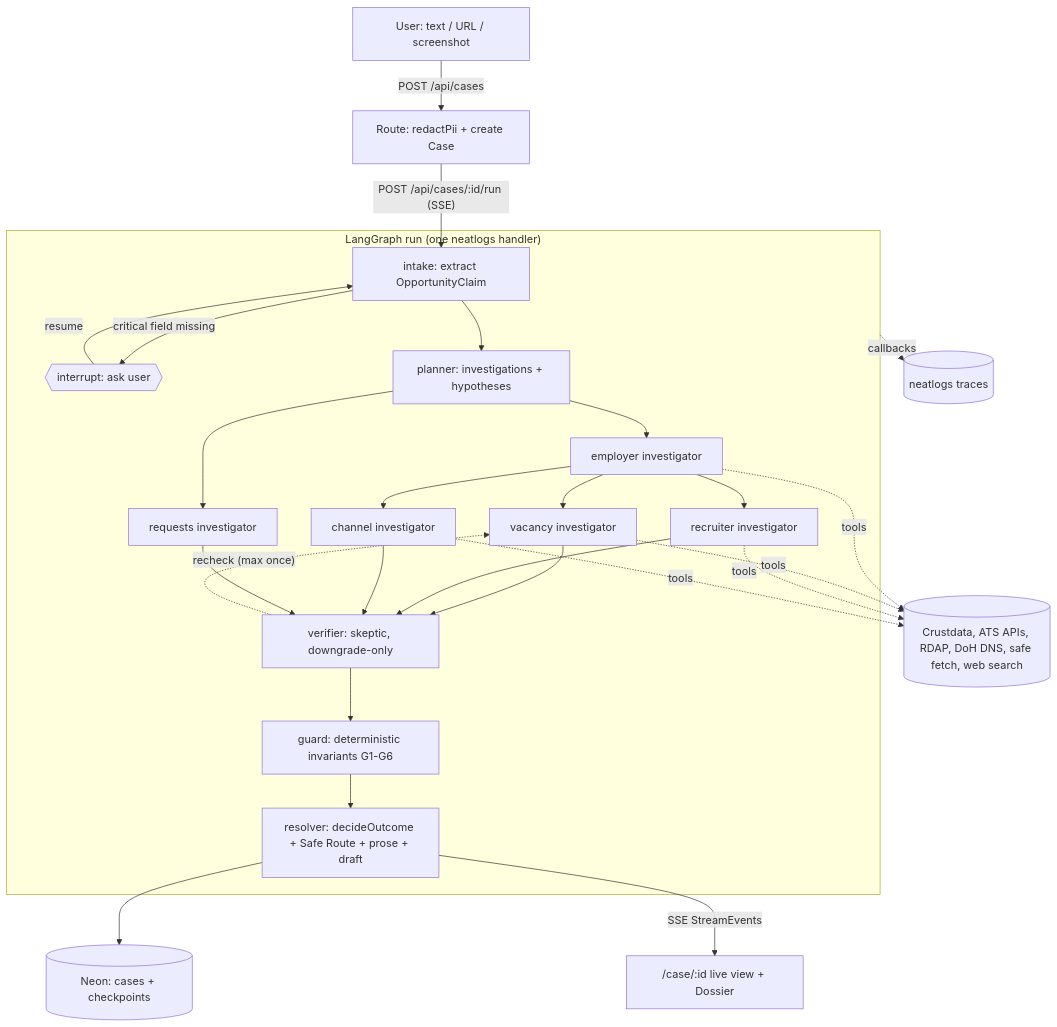
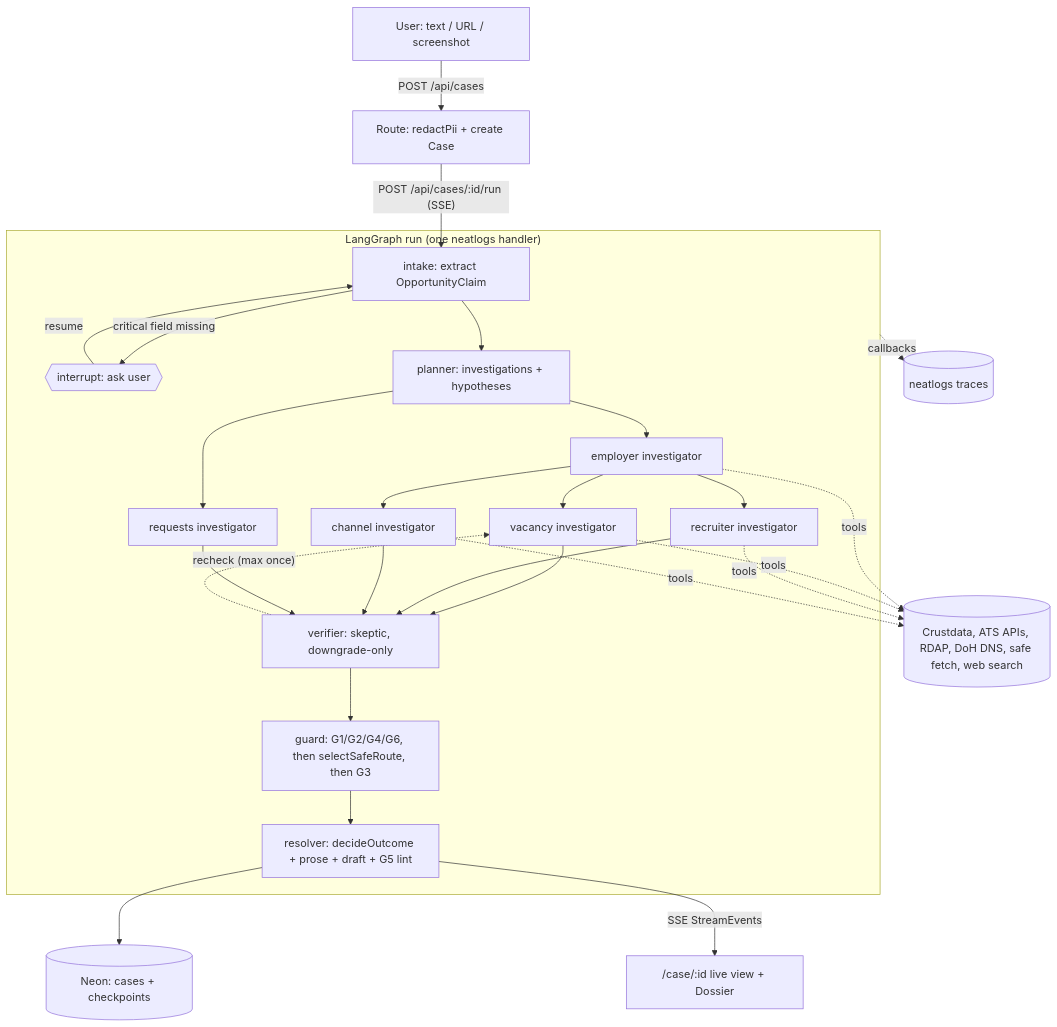
The diagram in AGENTS.md (Navin-nash/Locke), drawn with Mermaid before and after one commit. The commit also changed 2 other files, not shown here.

Commit message:
fix(spec): select and guard the Safe Route before decideOutcome
The guard ran before the resolver, but only the resolver computed the
Safe Route. G3 had no route to validate, and R2 could never see
safe_route=role_posting_confirmed. The guard node now applies G1, G2,
G4 and G6, then selectSafeRoute, then G3, and writes the safe_route
finding. The resolver runs decideOutcome on those guarded findings and
never changes the route. G5 stays in the resolver. The AGENTS diagram
and the T12 acceptance criteria are updated to match.

````diff
--- a/AGENTS.md
+++ b/AGENTS.md
@@ -59,23 +59,23 @@
 ```mermaid
 flowchart TD
   U["User: text / URL / screenshot"] -->|"POST /api/cases"| R["Route: redactPii + create Case"]
   R -->|"POST /api/cases/:id/run (SSE)"| I
   subgraph G["LangGraph run (one neatlogs handler)"]
     I["intake: extract OpportunityClaim"] -->|"critical field missing"| H{{"interrupt: ask user"}}
     H -->|"resume"| I
     I --> P["planner: investigations + hypotheses"]
     P --> E["employer investigator"]
     P --> Q["requests investigator"]
     E --> V["vacancy investigator"]
     E --> RC["recruiter investigator"]
     E --> C["channel investigator"]
     V & RC & C & Q --> VF["verifier: skeptic, downgrade-only"]
     VF -.->|"recheck (max once)"| V
-    VF --> GD["guard: deterministic invariants G1-G6"]
-    GD --> RS["resolver: decideOutcome + Safe Route + prose + draft"]
+    VF --> GD["guard: G1/G2/G4/G6, then selectSafeRoute, then G3"]
+    GD --> RS["resolver: decideOutcome + prose + draft + G5 lint"]
   end
   E & V & RC & C -.->|"tools"| T[("Crustdata, ATS APIs, RDAP, DoH DNS, safe fetch, web search")]
   RS --> D[("Neon: cases + checkpoints")]
   RS -->|"SSE StreamEvents"| UI["/case/:id live view + Dossier"]
   G -.->|"callbacks"| N[("neatlogs traces")]
 ```
````
